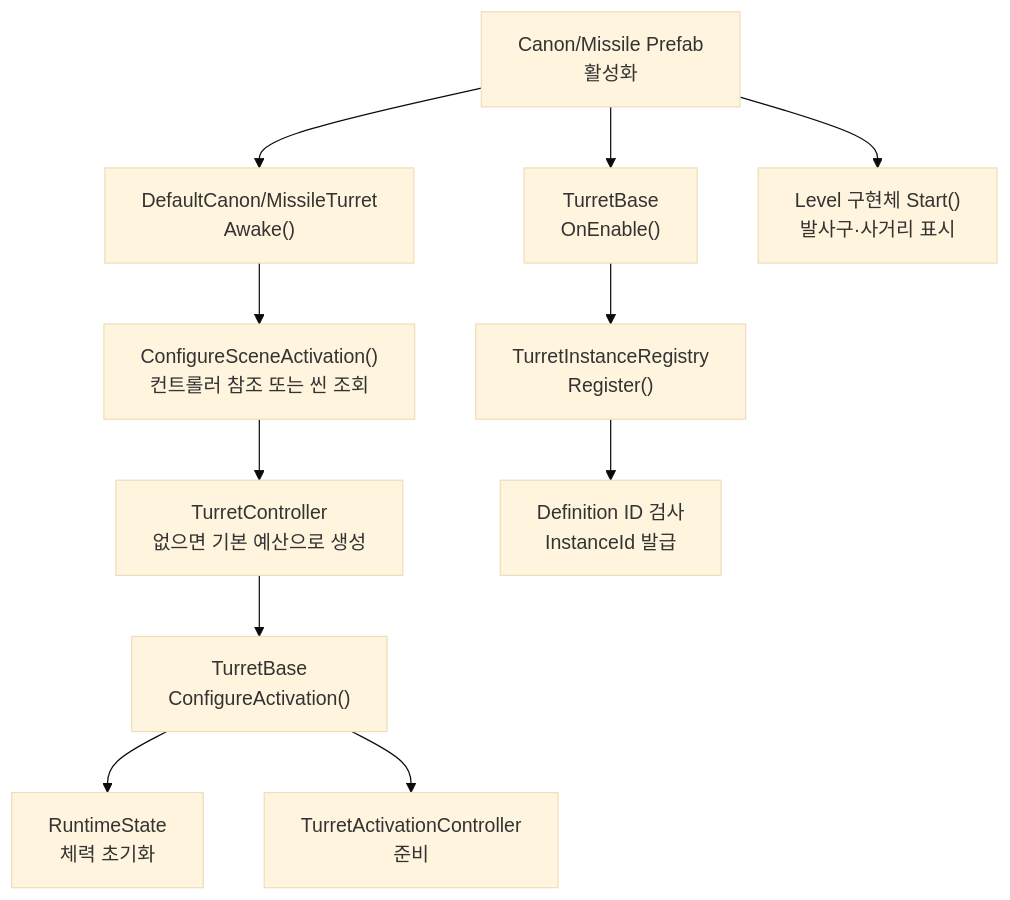
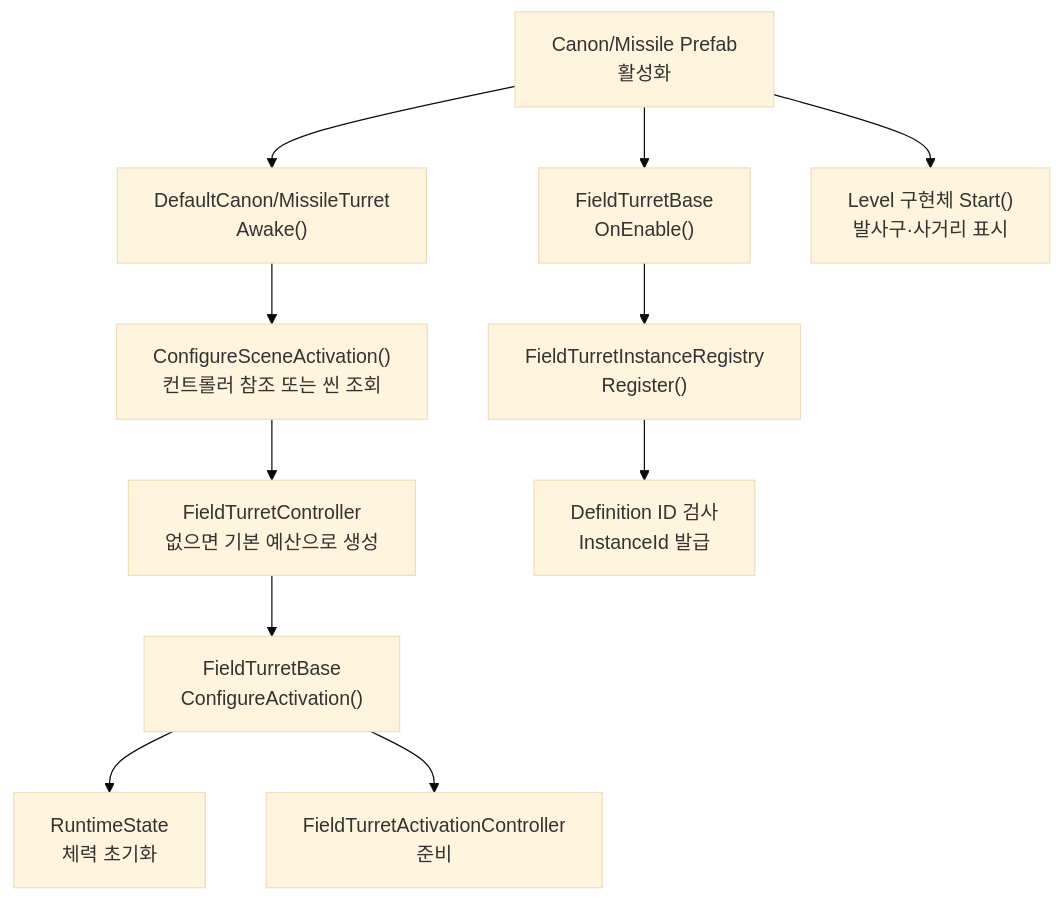
One commit to Team-HJD-21/team-hjd-docs changed the fourth of 16 diagrams in docs/projects/the-developer/turret/runtime-flows.md. Above: the diagram before and after it, drawn with Mermaid (base theme). The commit also changed other lines of this file and 13 other files, not shown here.

Commit message:
docs: sync FieldTurret APIs from main

````diff
--- a/docs/projects/the-developer/turret/runtime-flows.md
+++ b/docs/projects/the-developer/turret/runtime-flows.md
@@ -306,13 +306,13 @@
 ```mermaid
 flowchart TD
     Prefab["Canon/Missile Prefab<br>활성화"] --> Awake["DefaultCanon/MissileTurret<br>Awake()"]
     Awake --> Find["ConfigureSceneActivation()<br>컨트롤러 참조 또는 씬 조회"]
-    Find --> Budget["TurretController<br>없으면 기본 예산으로 생성"]
-    Budget --> Configure["TurretBase<br>ConfigureActivation()"]
+    Find --> Budget["FieldTurretController<br>없으면 기본 예산으로 생성"]
+    Budget --> Configure["FieldTurretBase<br>ConfigureActivation()"]
     Configure --> Health["RuntimeState<br>체력 초기화"]
-    Configure --> Controller["TurretActivationController<br>준비"]
-    Prefab --> Enable["TurretBase<br>OnEnable()"]
-    Enable --> Register["TurretInstanceRegistry<br>Register()"]
+    Configure --> Controller["FieldTurretActivationController<br>준비"]
+    Prefab --> Enable["FieldTurretBase<br>OnEnable()"]
+    Enable --> Register["FieldTurretInstanceRegistry<br>Register()"]
     Register --> Validate["Definition ID 검사<br>InstanceId 발급"]
     Prefab --> Start["Level 구현체 Start()<br>발사구·사거리 표시"]
 ```
````
